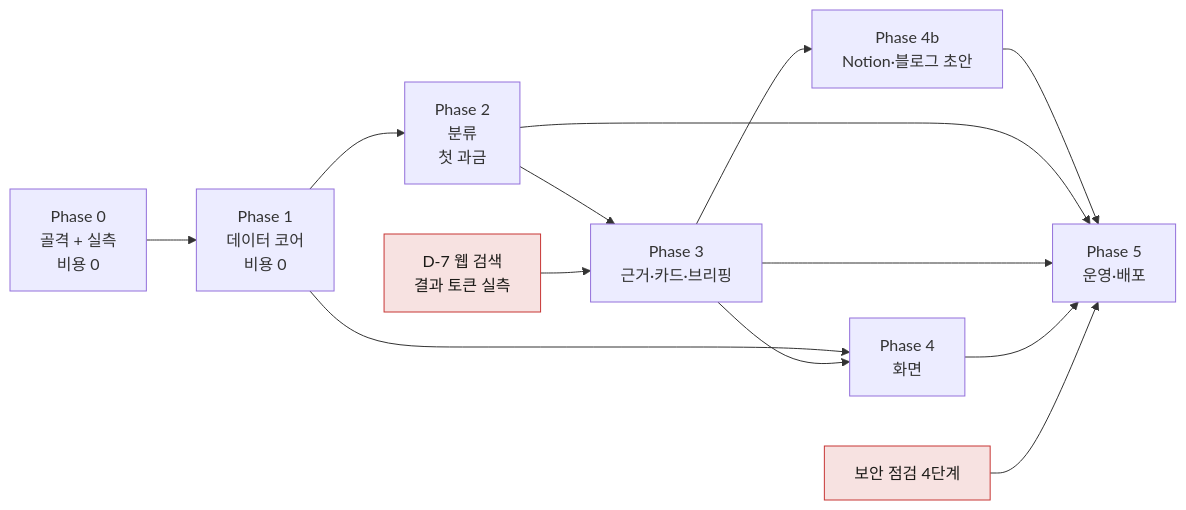
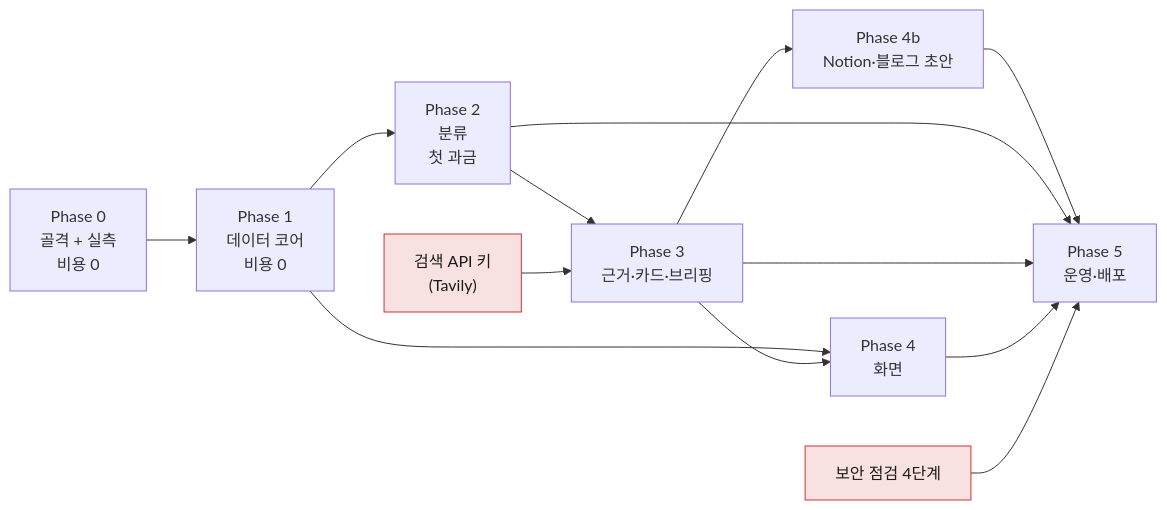
Before and after one commit to daehyub71/github-ai-star-trend: the second of 2 diagrams in docs/PLAN.md, drawn with Mermaid. The commit also changed other lines of this file and 7 other files, not shown here.

````diff
--- a/docs/PLAN.md
+++ b/docs/PLAN.md
@@ -132,17 +132,17 @@
 ```mermaid
 flowchart LR
     P0["Phase 0<br/>골격 + 실측<br/>비용 0"] --> P1["Phase 1<br/>데이터 코어<br/>비용 0"]
     P1 --> P2["Phase 2<br/>분류<br/>첫 과금"]
     P2 --> P3["Phase 3<br/>근거·카드·브리핑"]
     P1 --> P4["Phase 4<br/>화면"]
     P3 --> P4
     P3 --> P4B["Phase 4b<br/>Notion·블로그 초안"]
     P4B --> P5
     P2 & P3 & P4 --> P5["Phase 5<br/>운영·배포"]
 
-    D78["D-7 웹 검색<br/>결과 토큰 실측"] --> P3
+    D78["검색 API 키<br/>(Tavily)"] --> P3
     SEC["보안 점검 4단계"] --> P5
 
     style D78 fill:#f7e2e1,stroke:#c73635,color:#1b1a17
     style SEC fill:#f7e2e1,stroke:#c73635,color:#1b1a17
 ```
````
